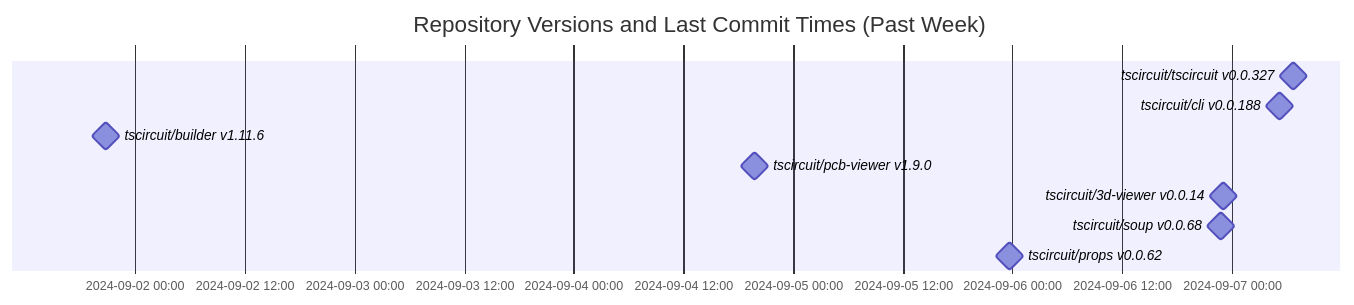
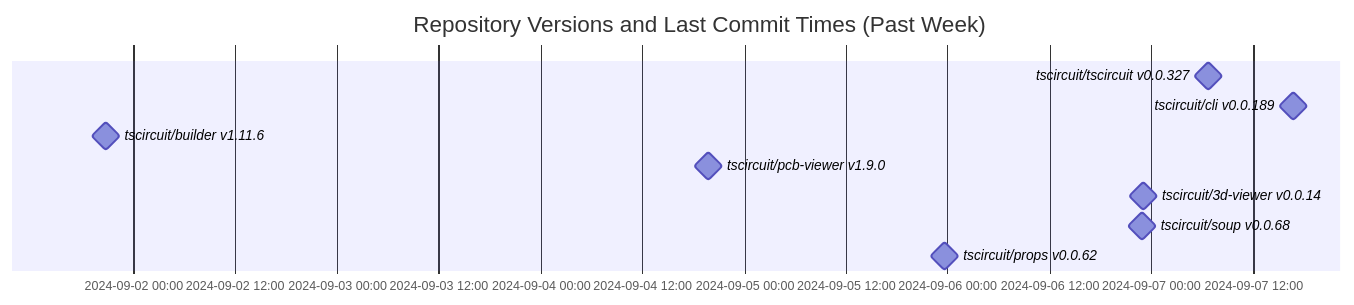
Before and after one commit to tscircuit/version-tracker: the diagram in README.md, drawn with Mermaid.

Commit message:
Update chart

````diff
--- a/README.md
+++ b/README.md
@@ -1,14 +1,14 @@
 ```mermaid
 gantt
   dateFormat  YYYY-MM-DD HH:mm:ss
   title Repository Versions and Last Commit Times (Past Week)
   axisFormat %Y-%m-%d %H:%M
 
   tscircuit/tscircuit v0.0.327 : milestone, 2024-09-07 06:43:48, 1s
-  tscircuit/cli v0.0.188 : milestone, 2024-09-07 05:11:41, 1s
+  tscircuit/cli v0.0.189 : milestone, 2024-09-07 16:43:53, 1s
   tscircuit/builder v1.11.6 : milestone, 2024-09-01 20:47:46, 1s
   tscircuit/pcb-viewer v1.9.0 : milestone, 2024-09-04 19:45:38, 1s
   tscircuit/3d-viewer v0.0.14 : milestone, 2024-09-06 23:07:26, 1s
   tscircuit/soup v0.0.68 : milestone, 2024-09-06 22:51:33, 1s
   tscircuit/props v0.0.62 : milestone, 2024-09-05 23:38:33, 1s
 ```
````
